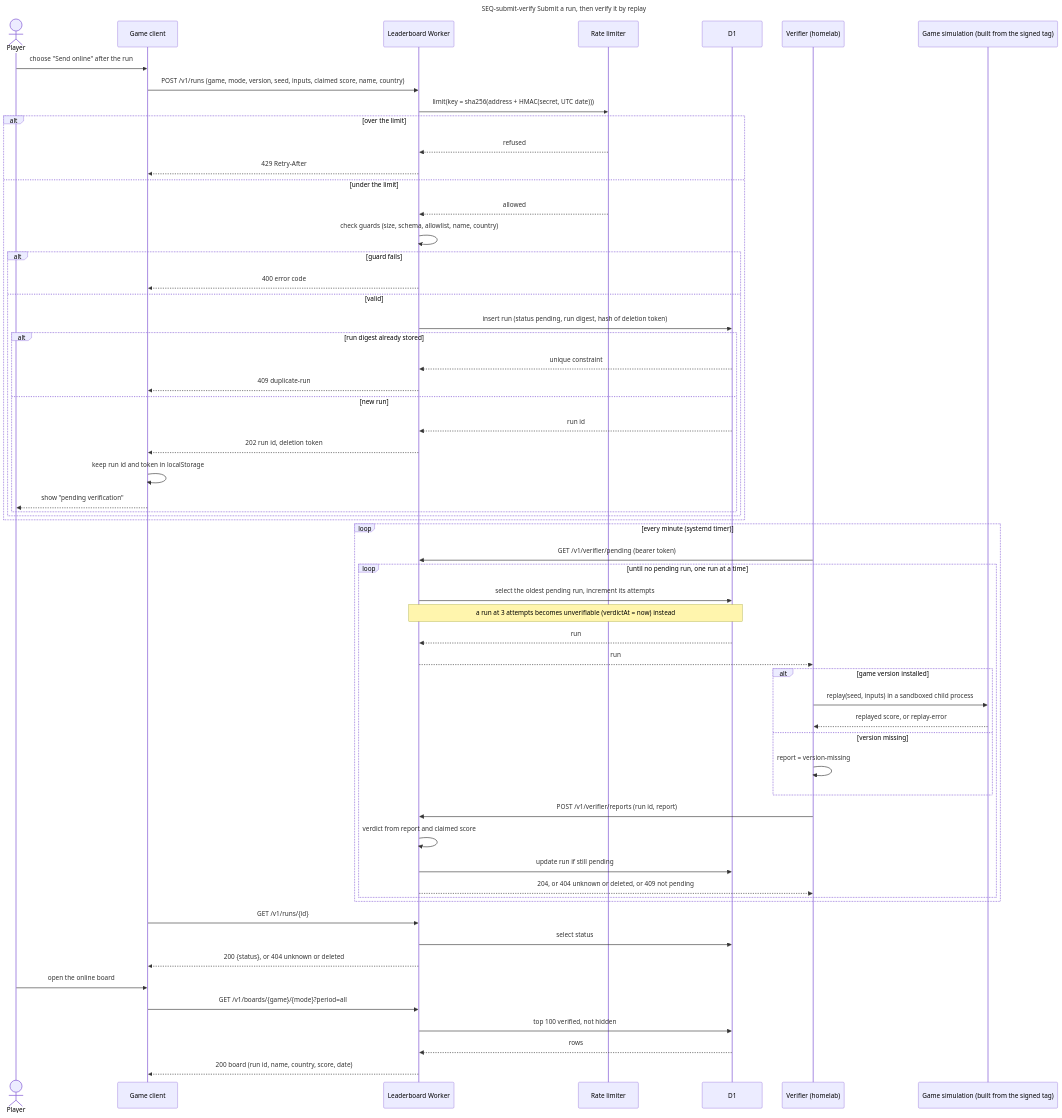
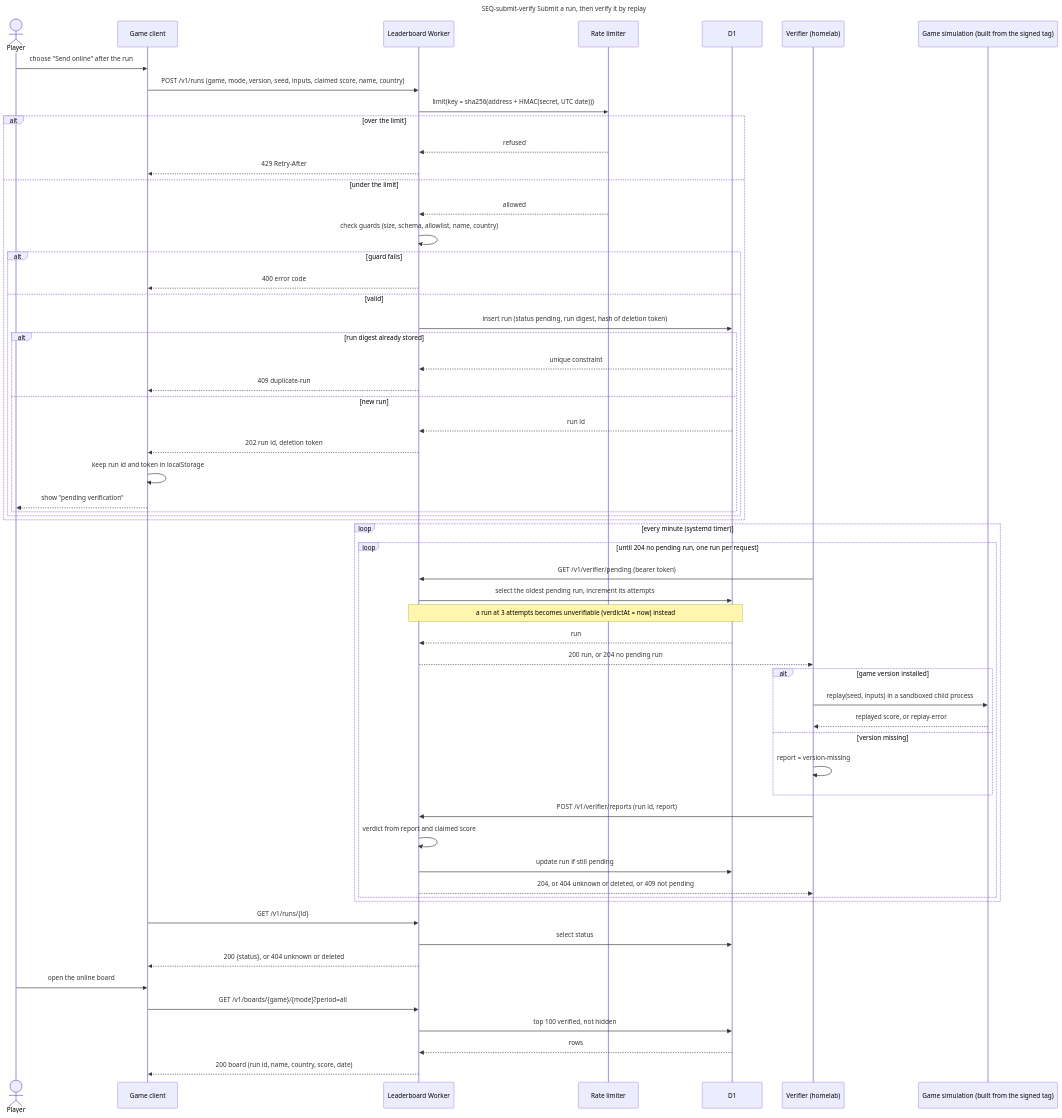
One commit to benoit-bremaud/retro-leaderboard changed the diagram in docs/architecture/diagrams/leaderboard/02-sequence-submit-verify.md. Above: the diagram before and after it, drawn with Mermaid. The commit also changed 2 other files, not shown here.

Commit message:
docs(uml): pull one run per verifier request in the sequence
Refs #1

````diff
--- a/docs/architecture/diagrams/leaderboard/02-sequence-submit-verify.md
+++ b/docs/architecture/diagrams/leaderboard/02-sequence-submit-verify.md
@@ -14,66 +14,66 @@
 ```mermaid
 sequenceDiagram
     title SEQ-submit-verify Submit a run, then verify it by replay
     actor P as Player
     participant G as Game client
     participant W as Leaderboard Worker
     participant RL as Rate limiter
     participant DB as D1
     participant V as Verifier (homelab)
     participant S as Game simulation (built from the signed tag)
 
     P->>G: choose "Send online" after the run
     G->>W: POST /v1/runs (game, mode, version, seed, inputs, claimed score, name, country)
     W->>RL: limit(key = sha256(address + HMAC(secret, UTC date)))
     alt over the limit
         RL-->>W: refused
         W-->>G: 429 Retry-After
     else under the limit
         RL-->>W: allowed
         W->>W: check guards (size, schema, allowlist, name, country)
         alt guard fails
             W-->>G: 400 error code
         else valid
             W->>DB: insert run (status pending, run digest, hash of deletion token)
             alt run digest already stored
                 DB-->>W: unique constraint
                 W-->>G: 409 duplicate-run
             else new run
             DB-->>W: run id
             W-->>G: 202 run id, deletion token
             G->>G: keep run id and token in localStorage
             G-->>P: show "pending verification"
             end
         end
     end
 
     loop every minute (systemd timer)
+        loop until 204 no pending run, one run per request
         V->>W: GET /v1/verifier/pending (bearer token)
-        loop until no pending run, one run at a time
         W->>DB: select the oldest pending run, increment its attempts
         Note over W,DB: a run at 3 attempts becomes unverifiable (verdictAt = now) instead
         DB-->>W: run
-        W-->>V: run
+        W-->>V: 200 run, or 204 no pending run
             alt game version installed
                 V->>S: replay(seed, inputs) in a sandboxed child process
                 S-->>V: replayed score, or replay-error
             else version missing
                 V->>V: report = version-missing
             end
             V->>W: POST /v1/verifier/reports (run id, report)
             W->>W: verdict from report and claimed score
             W->>DB: update run if still pending
             W-->>V: 204, or 404 unknown or deleted, or 409 not pending
         end
     end
 
     G->>W: GET /v1/runs/{id}
     W->>DB: select status
     W-->>G: 200 {status}, or 404 unknown or deleted
 
     P->>G: open the online board
     G->>W: GET /v1/boards/{game}/{mode}?period=all
     W->>DB: top 100 verified, not hidden
     DB-->>W: rows
     W-->>G: 200 board (run id, name, country, score, date)
 ```
````
